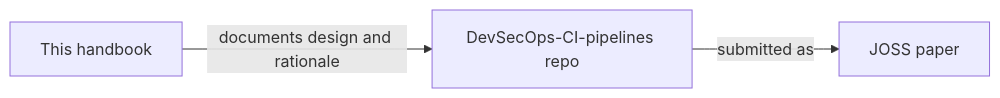
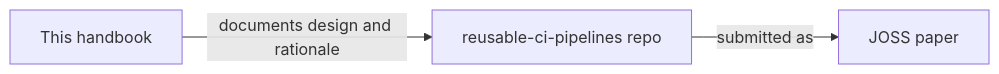
The diagram in ABOUT-JOSS-PUBLICATION.md (moghit-eou/EBRAINS-DevSecOps-handbook), drawn with Mermaid before and after one commit. The commit also changed other lines of this file and 4 other files, not shown here.

````diff
--- a/ABOUT-JOSS-PUBLICATION.md
+++ b/ABOUT-JOSS-PUBLICATION.md
@@ -21,5 +21,5 @@
 ```mermaid
 flowchart LR
-    A["This handbook"] -->|documents design and rationale| B["DevSecOps-CI-pipelines repo"]
+    A["This handbook"] -->|documents design and rationale| B["reusable-ci-pipelines repo"]
     B -->|submitted as| C["JOSS paper"]
 ```
````
